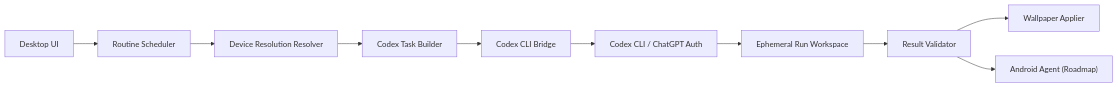
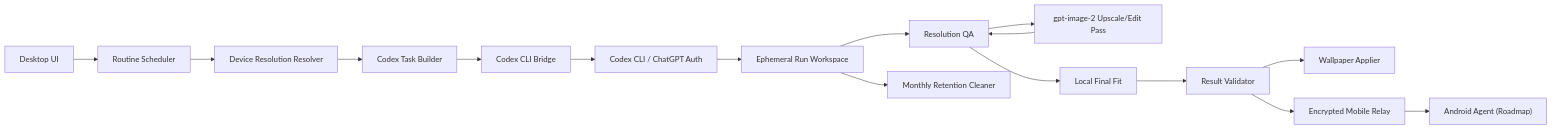
One commit to koolerjaebee/auto-ducktape-wallpapers changed the diagram in docs/architecture.md. Above: the diagram before and after it, drawn with Mermaid. The commit also changed other lines of this file and 20 other files, not shown here.

````diff
--- a/docs/architecture.md
+++ b/docs/architecture.md
@@ -23,23 +26,34 @@
 ```mermaid
 flowchart LR
   UI["Desktop UI"]
   Scheduler["Routine Scheduler"]
   Resolver["Device Resolution Resolver"]
   Task["Codex Task Builder"]
   CLI["Codex CLI Bridge"]
   Codex["Codex CLI / ChatGPT Auth"]
   RunDir["Ephemeral Run Workspace"]
+  QA["Resolution QA"]
+  Upscale["gpt-image-2 Upscale/Edit Pass"]
+  Fit["Local Final Fit"]
   Validator["Result Validator"]
   Applier["Wallpaper Applier"]
+  Cleaner["Monthly Retention Cleaner"]
+  Relay["Encrypted Mobile Relay"]
   Android["Android Agent (Roadmap)"]
 
   UI --> Scheduler
   Scheduler --> Resolver
   Resolver --> Task
   Task --> CLI
   CLI --> Codex
   Codex --> RunDir
-  RunDir --> Validator
+  RunDir --> QA
+  QA --> Upscale
+  Upscale --> QA
+  QA --> Fit
+  Fit --> Validator
   Validator --> Applier
-  Validator --> Android
+  Validator --> Relay
+  Relay --> Android
+  RunDir --> Cleaner
 ```
````
